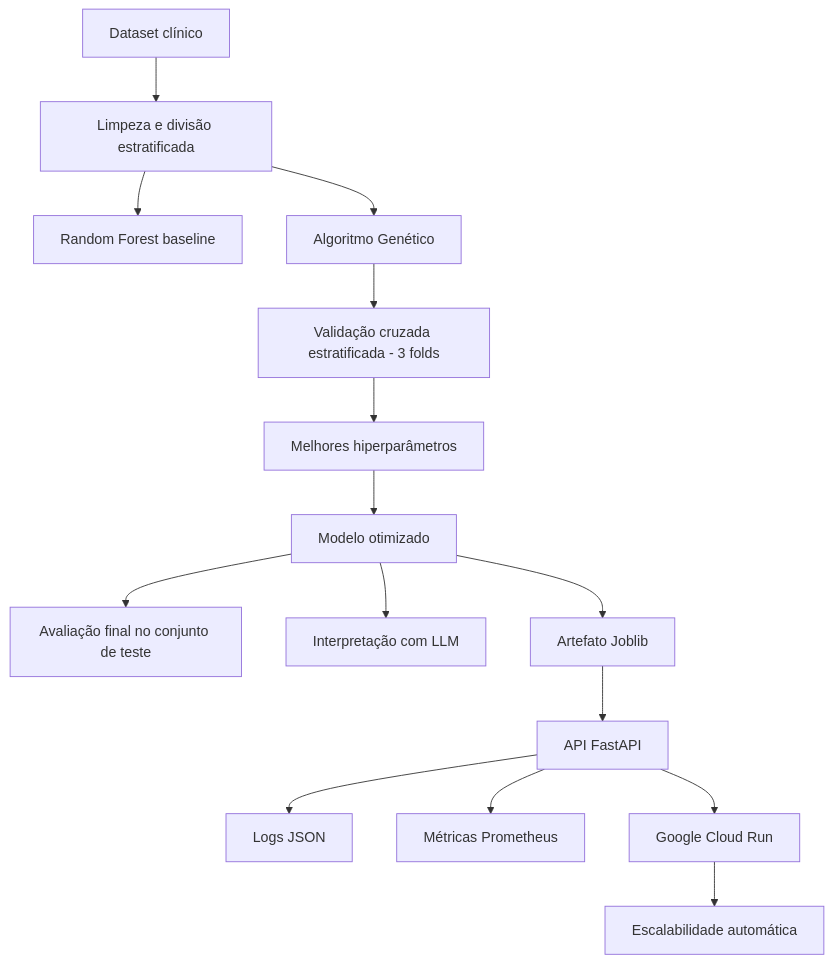
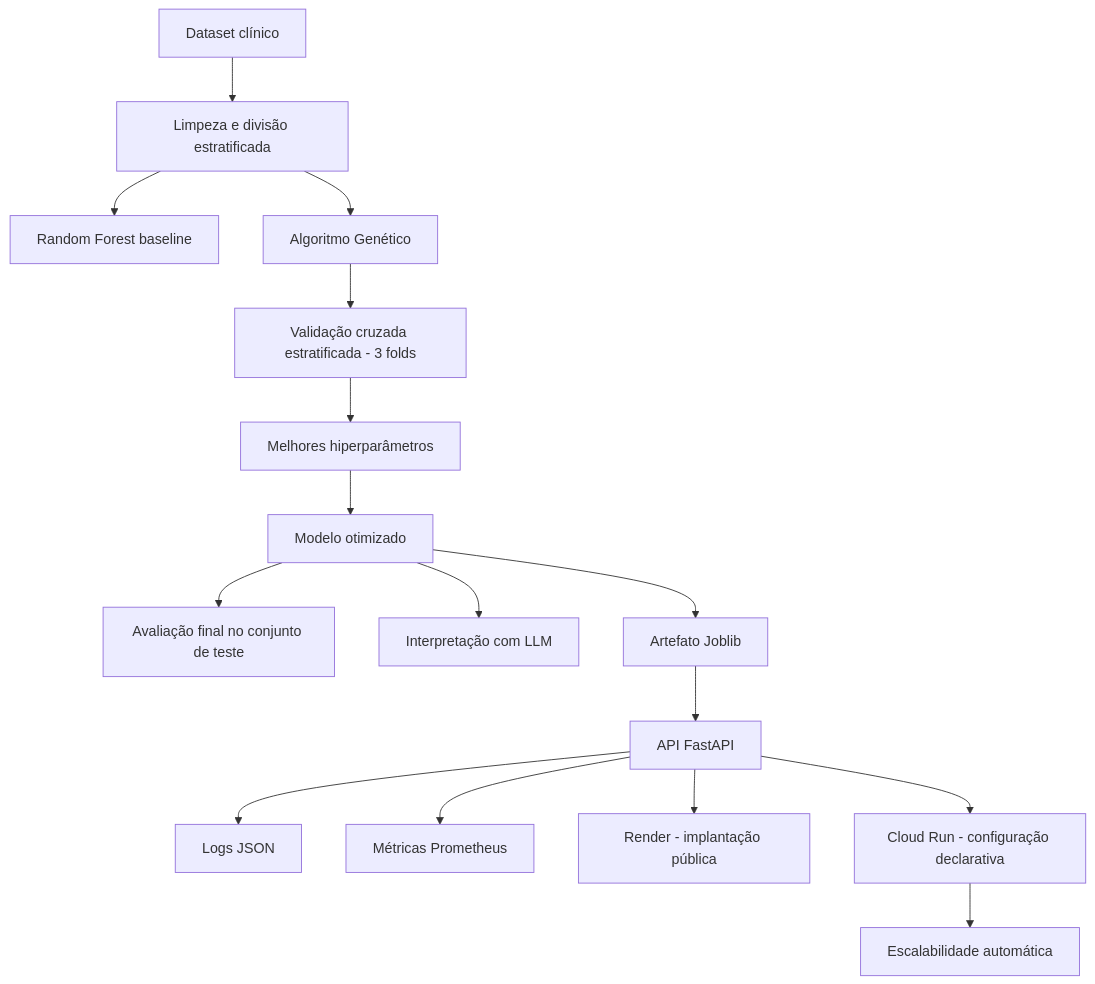
The diagram in README.md (Val-Faria/tech-challenge-ia-saude), drawn with Mermaid before and after one commit. The commit also changed other lines of this file and 2 other files, not shown here.

````diff
--- a/README.md
+++ b/README.md
@@ -48,17 +50,18 @@
 ```mermaid
 flowchart TD
     A[Dataset clínico] --> B[Limpeza e divisão estratificada]
     B --> C[Random Forest baseline]
     B --> D[Algoritmo Genético]
     D --> E[Validação cruzada estratificada - 3 folds]
     E --> F[Melhores hiperparâmetros]
     F --> G[Modelo otimizado]
     G --> H[Avaliação final no conjunto de teste]
     G --> I[Interpretação com LLM]
     G --> J[Artefato Joblib]
     J --> K[API FastAPI]
     K --> L[Logs JSON]
     K --> M[Métricas Prometheus]
-    K --> N[Google Cloud Run]
-    N --> O[Escalabilidade automática]
+    K --> N[Render - implantação pública]
+    K --> O[Cloud Run - configuração declarativa]
+    O --> P[Escalabilidade automática]
 ```
````
